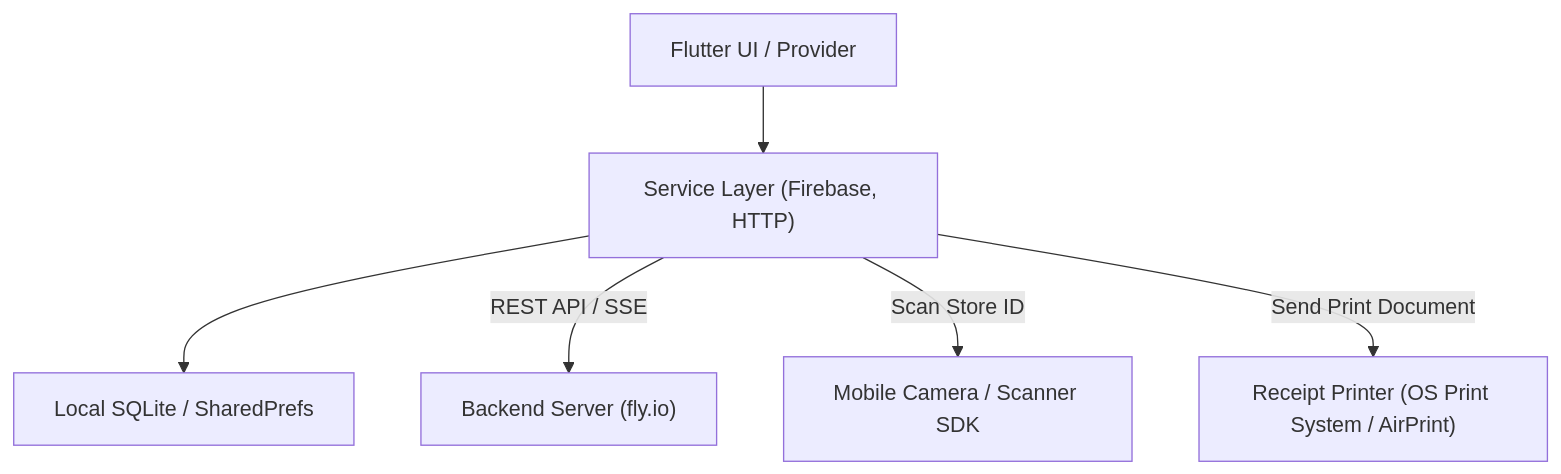
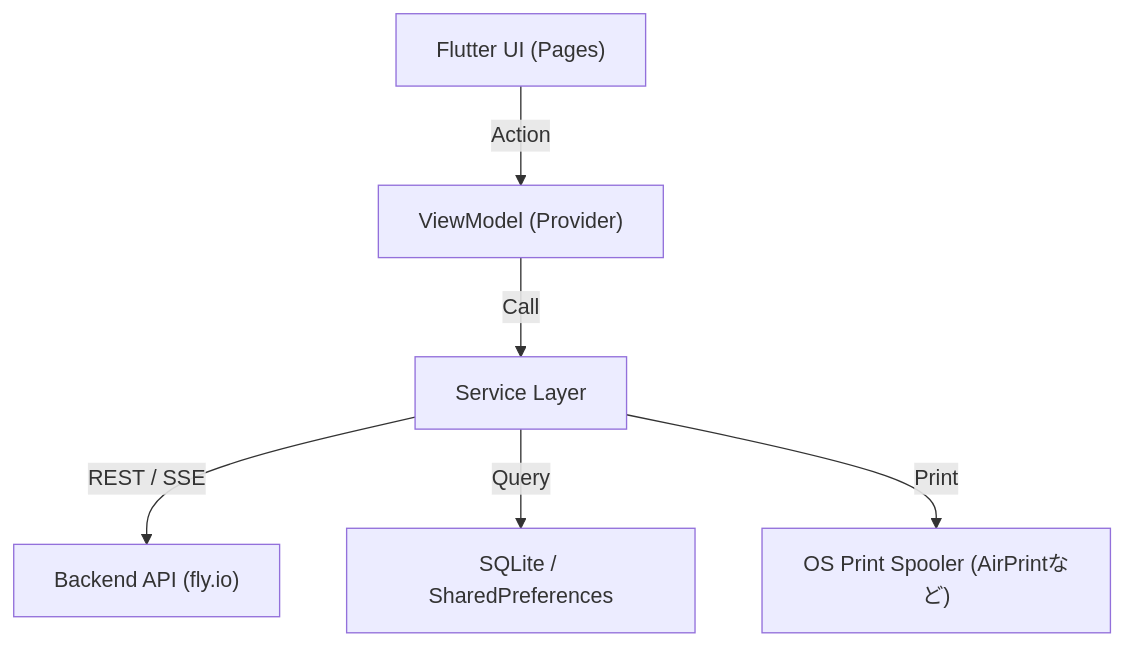
The diagram in README.md (Espi8624/yoyaku_mate_provider), drawn with Mermaid before and after one commit. The commit also changed other lines of this file and 19 other files, not shown here.

````diff
--- a/README.md
+++ b/README.md
@@ -74,8 +42,8 @@
 ```mermaid
 graph TD
-    App["Flutter UI / Provider"] --> Services["Service Layer (Firebase, HTTP)"]
-    Services --> Cache["Local SQLite / SharedPrefs"]
-    Services -->|"REST API / SSE"| Server["Backend Server (fly.io)"]
-    Services -->|"Scan Store ID"| Scanner["Mobile Camera / Scanner SDK"]
-    Services -->|"Send Print Document"| Printer["Receipt Printer (OS Print System / AirPrint)"]
+    UI["Flutter UI (Pages)"] -->|Action| VM["ViewModel (Provider)"]
+    VM -->|Call| Services["Service Layer"]
+    Services -->|REST / SSE| Backend["Backend API (fly.io)"]
+    Services -->|Query| LocalDB["SQLite / SharedPreferences"]
+    Services -->|Print| Printer["OS Print Spooler (AirPrintなど)"]
 ```
````
